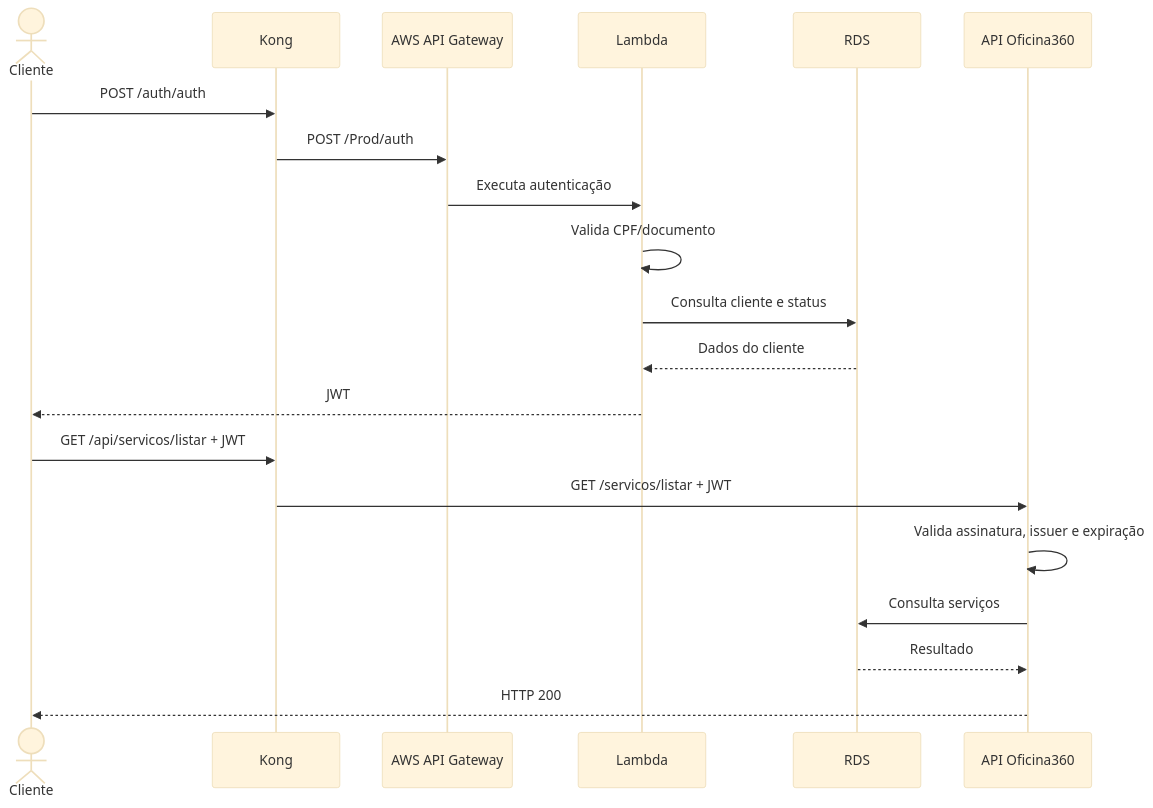
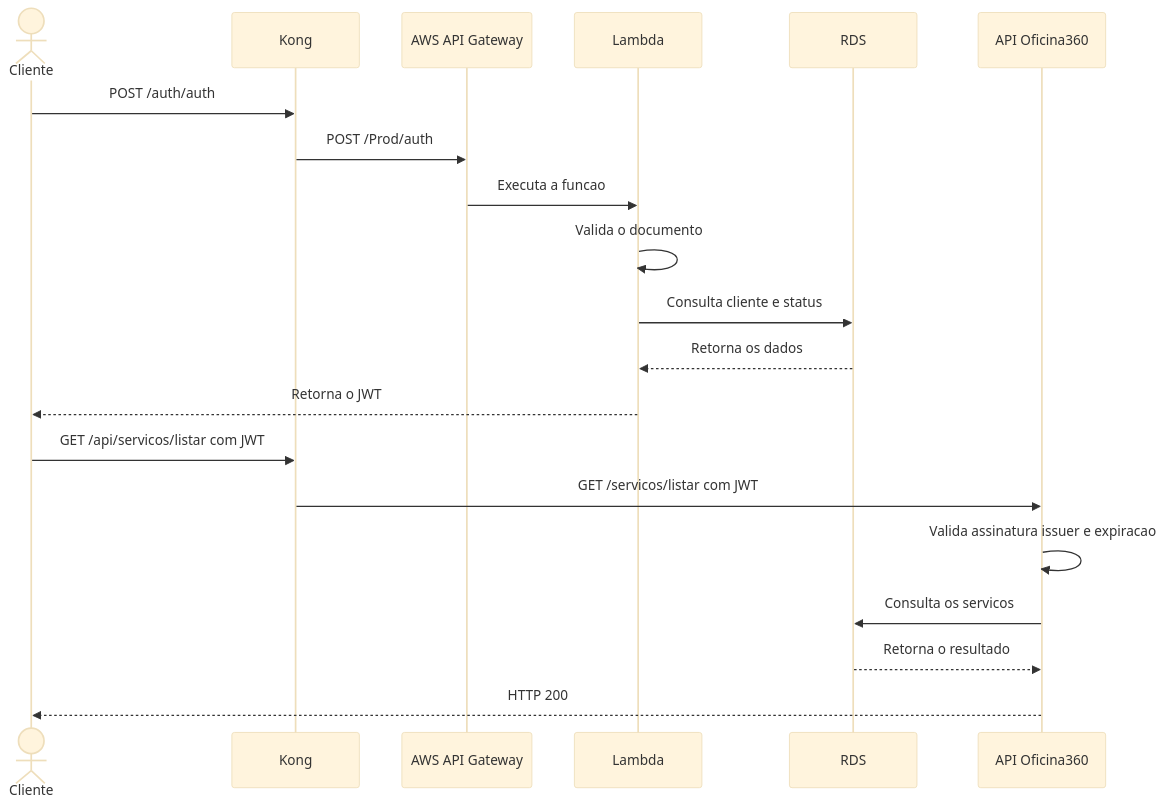
The eighth of 10 diagrams in README.md (pos-fiap-michaelhion/tc_fiap_oficina360_k8s_infra), drawn with Mermaid (base theme) before and after one commit. The commit also changed other lines of this file, not shown here.

`````diff
--- a/README.md
+++ b/README.md
@@ -54,24 +287,24 @@
-````mermaid
+```mermaid
 sequenceDiagram
     actor Cliente
     participant Kong
-    participant APIGateway as AWS API Gateway
+    participant APIGW as AWS API Gateway
     participant Lambda
     participant RDS
     participant API as API Oficina360
 
     Cliente->>Kong: POST /auth/auth
-    Kong->>APIGateway: POST /Prod/auth
-    APIGateway->>Lambda: Executa autenticação
-    Lambda->>Lambda: Valida CPF/documento
+    Kong->>APIGW: POST /Prod/auth
+    APIGW->>Lambda: Executa a funcao
+    Lambda->>Lambda: Valida o documento
     Lambda->>RDS: Consulta cliente e status
-    RDS-->>Lambda: Dados do cliente
-    Lambda-->>Cliente: JWT
+    RDS-->>Lambda: Retorna os dados
+    Lambda-->>Cliente: Retorna o JWT
 
-    Cliente->>Kong: GET /api/servicos/listar + JWT
-    Kong->>API: GET /servicos/listar + JWT
-    API->>API: Valida assinatura, issuer e expiração
-    API->>RDS: Consulta serviços
-    RDS-->>API: Resultado
+    Cliente->>Kong: GET /api/servicos/listar com JWT
+    Kong->>API: GET /servicos/listar com JWT
+    API->>API: Valida assinatura issuer e expiracao
+    API->>RDS: Consulta os servicos
+    RDS-->>API: Retorna o resultado
     API-->>Cliente: HTTP 200
-````
+```
`````
